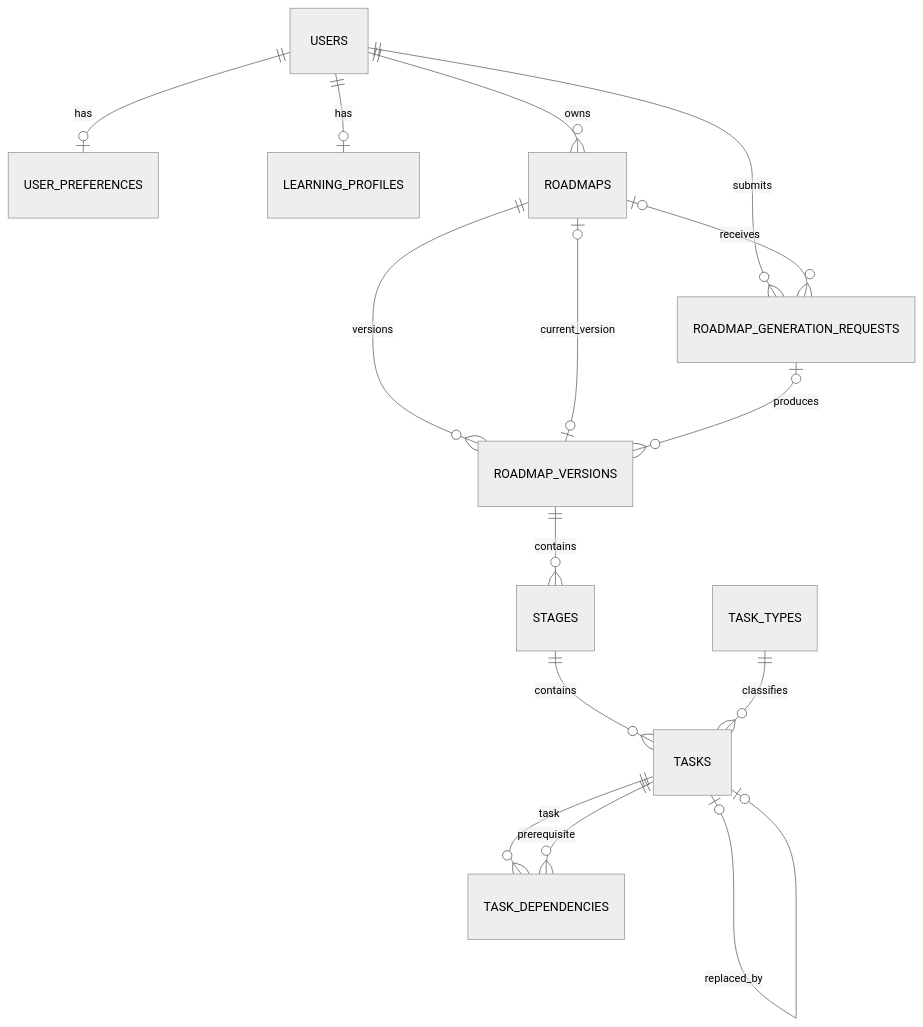
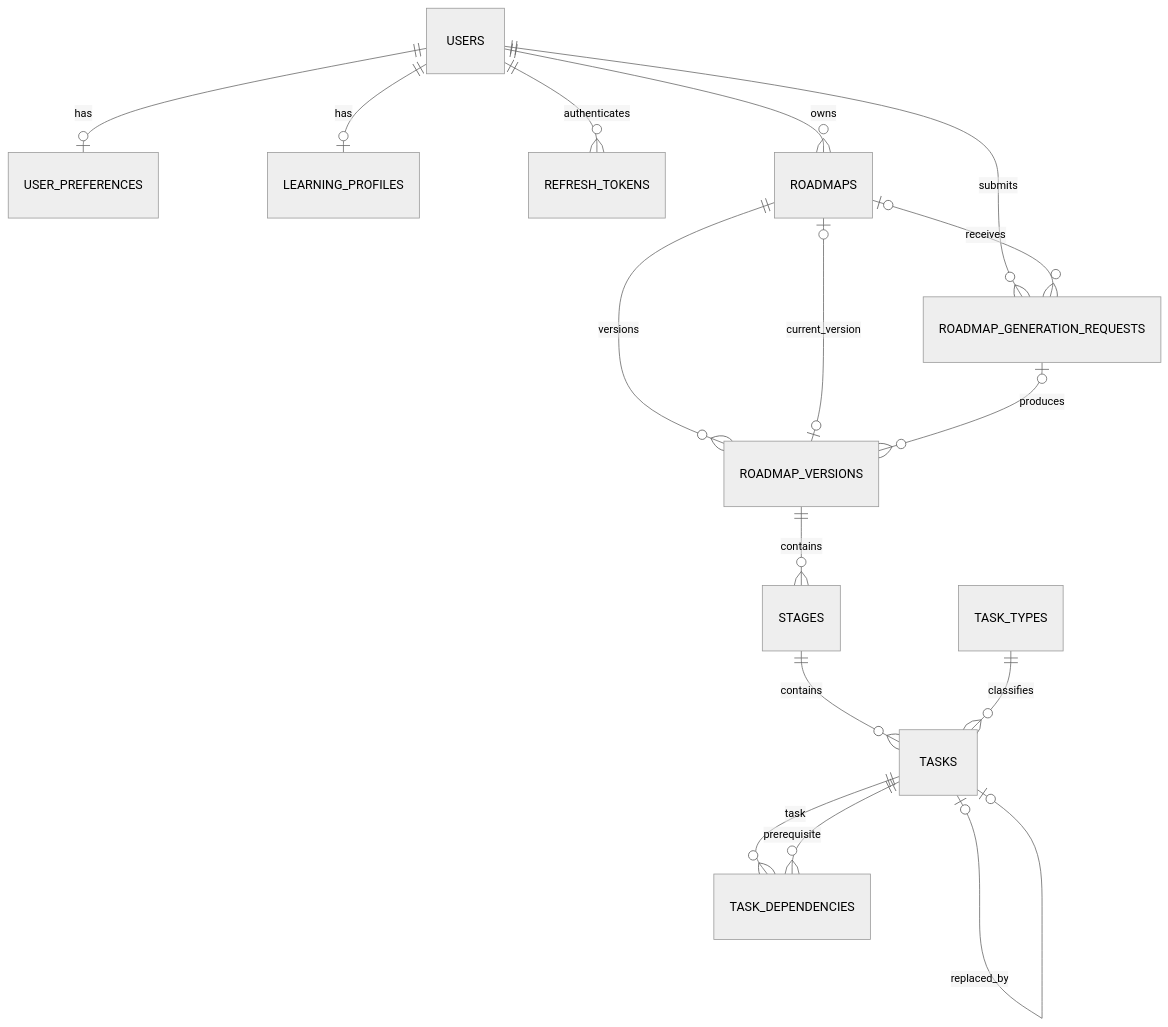
The diagram in Backend/README.md (mohammadmesmeh/AI-Mentor), drawn with Mermaid (neutral theme) before and after one commit. The commit also changed other lines of this file and 63 other files, not shown here.

````diff
--- a/Backend/README.md
+++ b/Backend/README.md
@@ -53,17 +53,18 @@
 ```mermaid
 erDiagram
     USERS ||--o| USER_PREFERENCES : has
     USERS ||--o| LEARNING_PROFILES : has
+    USERS ||--o{ REFRESH_TOKENS : authenticates
     USERS ||--o{ ROADMAPS : owns
     USERS ||--o{ ROADMAP_GENERATION_REQUESTS : submits
     ROADMAPS o|--o{ ROADMAP_GENERATION_REQUESTS : receives
     ROADMAPS ||--o{ ROADMAP_VERSIONS : versions
     ROADMAPS o|--o| ROADMAP_VERSIONS : current_version
     ROADMAP_GENERATION_REQUESTS o|--o{ ROADMAP_VERSIONS : produces
     ROADMAP_VERSIONS ||--o{ STAGES : contains
     STAGES ||--o{ TASKS : contains
     TASK_TYPES ||--o{ TASKS : classifies
     TASKS ||--o{ TASK_DEPENDENCIES : task
     TASKS ||--o{ TASK_DEPENDENCIES : prerequisite
     TASKS o|--o| TASKS : replaced_by
 ```
````
